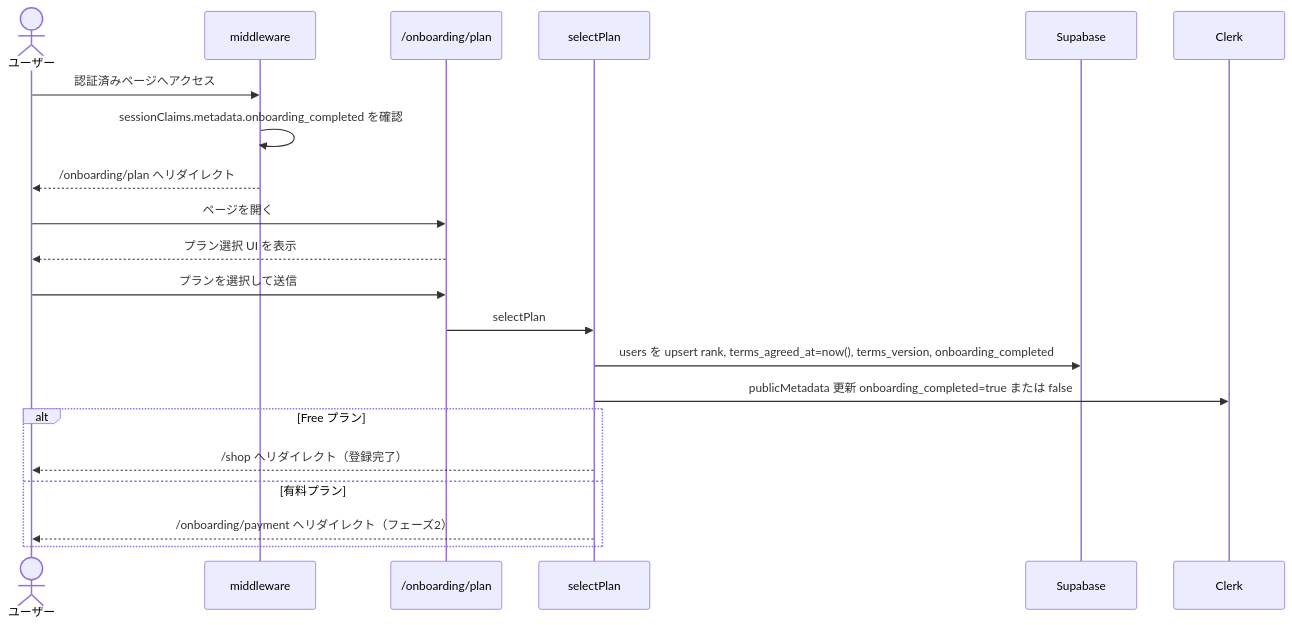
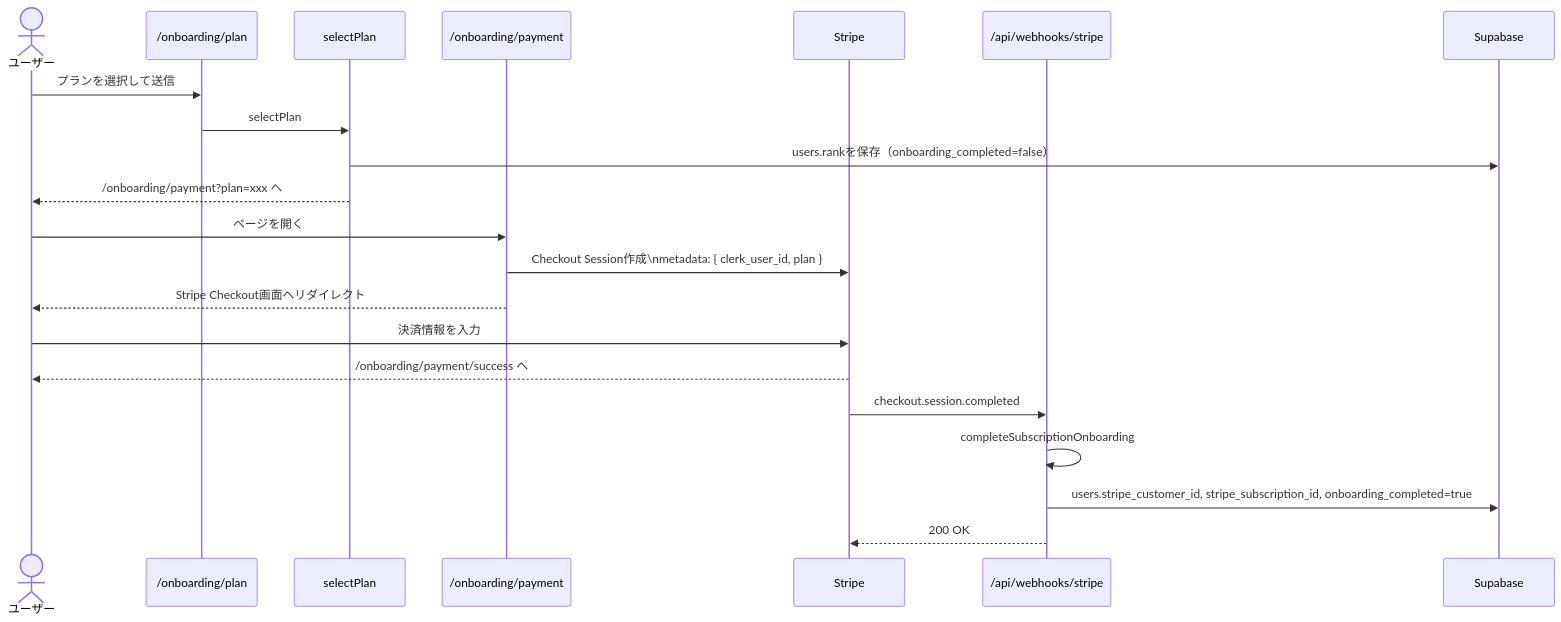
Before and after one commit to wknd-studio/brand-closed-ec: the fifth of 6 diagrams in docs/signup-flow.md, drawn with Mermaid. The commit also changed other lines of this file, not shown here.

````diff
--- a/docs/signup-flow.md
+++ b/docs/signup-flow.md
@@ -105,25 +124,26 @@
 ```mermaid
 sequenceDiagram
     actor ユーザー
-    participant MW as middleware
-    participant Onboarding as /onboarding/plan
+    participant Plan as /onboarding/plan
     participant Action as selectPlan
+    participant Payment as /onboarding/payment
+    participant Stripe
+    participant Webhook as /api/webhooks/stripe
     participant DB as Supabase
-    participant Clerk
 
-    ユーザー->>MW: 認証済みページへアクセス
-    MW->>MW: sessionClaims.metadata.onboarding_completed を確認
-    MW-->>ユーザー: /onboarding/plan へリダイレクト
+    ユーザー->>Plan: プランを選択して送信
+    Plan->>Action: selectPlan
+    Action->>DB: users.rankを保存（onboarding_completed=false）
+    Action-->>ユーザー: /onboarding/payment?plan=xxx へ
 
-    ユーザー->>Onboarding: ページを開く
-    Onboarding-->>ユーザー: プラン選択 UI を表示
-    ユーザー->>Onboarding: プランを選択して送信
-    Onboarding->>Action: selectPlan
-    Action->>DB: users を upsert rank, terms_agreed_at=now(), terms_version, onboarding_completed
-    Action->>Clerk: publicMetadata 更新 onboarding_completed=true または false
-    alt Free プラン
-        Action-->>ユーザー: /shop へリダイレクト（登録完了）
-    else 有料プラン
-        Action-->>ユーザー: /onboarding/payment へリダイレクト（フェーズ2）
-    end
+    ユーザー->>Payment: ページを開く
+    Payment->>Stripe: Checkout Session作成\nmetadata: { clerk_user_id, plan }
+    Payment-->>ユーザー: Stripe Checkout画面へリダイレクト
+    ユーザー->>Stripe: 決済情報を入力
+    Stripe-->>ユーザー: /onboarding/payment/success へ
+
+    Stripe->>Webhook: checkout.session.completed
+    Webhook->>Webhook: completeSubscriptionOnboarding
+    Webhook->>DB: users.stripe_customer_id, stripe_subscription_id, onboarding_completed=true
+    Webhook-->>Stripe: 200 OK
 ```
````
